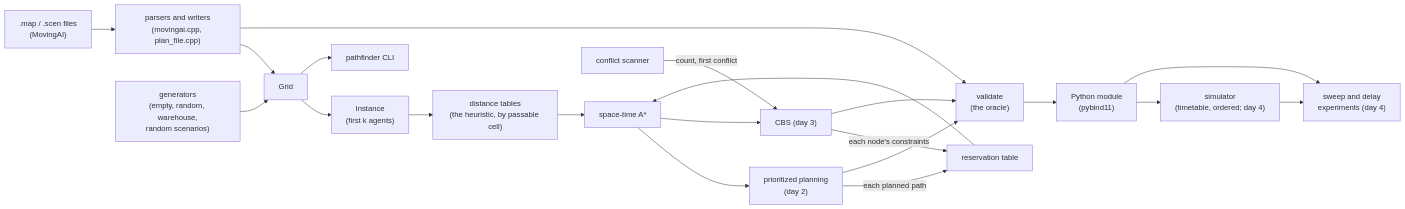
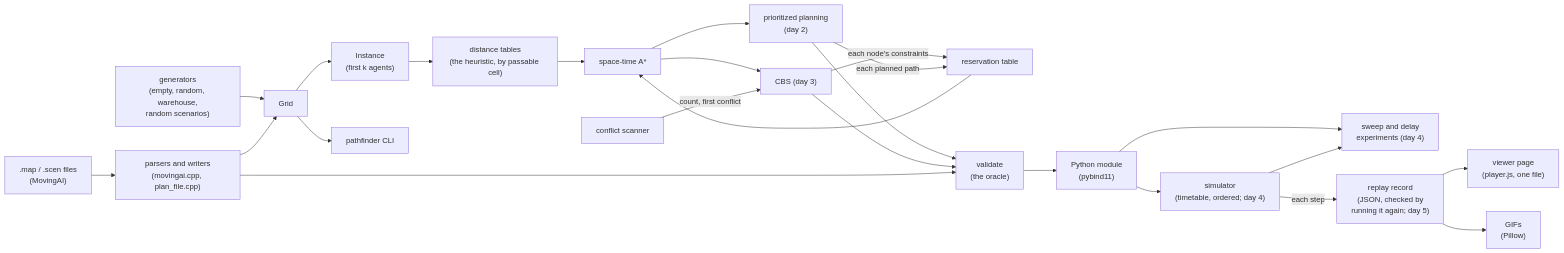
The diagram in README.md (vivekdavara/pathfinder), drawn with Mermaid before and after one commit. The commit also changed other lines of this file, not shown here.

First line of the commit message:
README for v1.0.0: the animation, results at a glance, day 5

````diff
--- a/README.md
+++ b/README.md
@@ -40,22 +56,25 @@
 ```mermaid
 flowchart LR
   MAP[".map / .scen files<br/>(MovingAI)"] --> FMT["parsers and writers<br/>(movingai.cpp, plan_file.cpp)"]
   GEN["generators<br/>(empty, random, warehouse,<br/>random scenarios)"] --> GRID
   FMT --> GRID["Grid"] --> INST["Instance<br/>(first k agents)"]
   INST --> DIST["distance tables<br/>(the heuristic, by passable cell)"]
   DIST --> STA["space-time A*"]
   RES["reservation table"] --> STA
   STA --> PP["prioritized planning<br/>(day 2)"]
   STA --> CBS["CBS (day 3)"]
   SCAN["conflict scanner"] -- "count, first conflict" --> CBS
   CBS -- "each node's constraints" --> RES
   PP -- "each planned path" --> RES
   PP --> VAL["validate<br/>(the oracle)"]
   CBS --> VAL
   FMT --> VAL
   GRID --> CLI["pathfinder CLI"]
   VAL --> PY["Python module<br/>(pybind11)"]
   PY --> SIM["simulator<br/>(timetable, ordered; day 4)"]
   PY --> EXP["sweep and delay<br/>experiments (day 4)"]
   SIM --> EXP
+  SIM -- "each step" --> REC["replay record<br/>(JSON, checked by<br/>running it again; day 5)"]
+  REC --> PAGE["viewer page<br/>(player.js, one file)"]
+  REC --> GIF["GIFs<br/>(Pillow)"]
 ```
````
